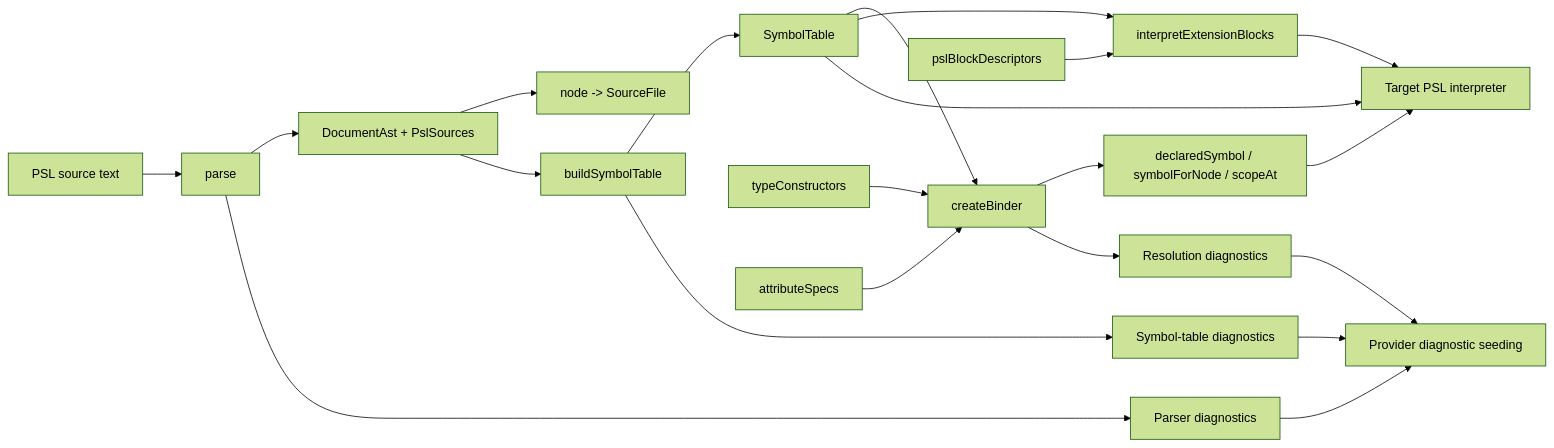
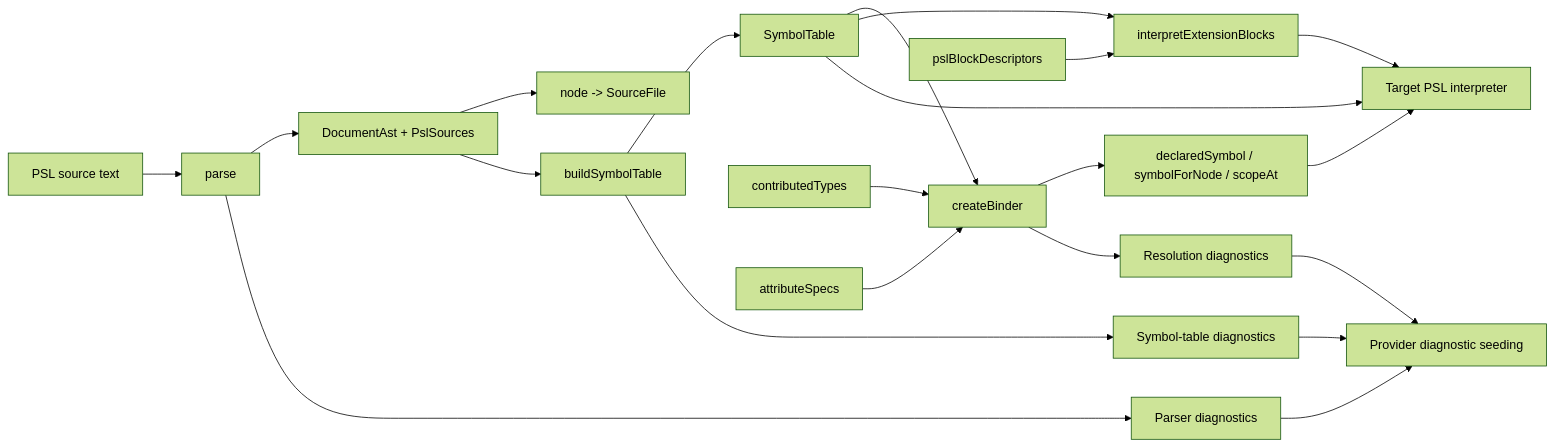
The diagram in packages/1-framework/2-authoring/psl-parser/README.md (RaphaelFakhri/orm), drawn with Mermaid (forest theme) before and after one commit. The commit also changed other lines of this file and 47 other files, not shown here.

First line of the commit message:
Interpreters take field types from the binder; PSL_TYPE_CONSTRUCTOR_NOT_CALLED

````diff
--- a/packages/1-framework/2-authoring/psl-parser/README.md
+++ b/packages/1-framework/2-authoring/psl-parser/README.md
@@ -157,23 +159,23 @@
 ```mermaid
 flowchart LR
   PSL[PSL source text] --> Parse[parse]
   Parse --> CST[DocumentAst + PslSources]
   Parse --> ParseDiagnostics[Parser diagnostics]
   CST --> SourceLookup[node -> SourceFile]
   CST --> Symbols[buildSymbolTable]
   Symbols --> SymbolTable[SymbolTable]
   Symbols --> SymbolDiagnostics[Symbol-table diagnostics]
   SymbolTable --> Binder[createBinder]
-  TypeConstructors[typeConstructors] --> Binder
+  ContributedTypes[contributedTypes] --> Binder
   AttributeSpecs[attributeSpecs] --> Binder
   Binder --> BinderQueries[declaredSymbol / symbolForNode / scopeAt]
   Binder --> BinderDiagnostics[Resolution diagnostics]
   SymbolTable --> Blocks[interpretExtensionBlocks]
   Descriptors[pslBlockDescriptors] --> Blocks
   Blocks --> Interpreter[Target PSL interpreter]
   SymbolTable --> Interpreter
   BinderQueries --> Interpreter
   ParseDiagnostics --> Provider[Provider diagnostic seeding]
   SymbolDiagnostics --> Provider
   BinderDiagnostics --> Provider
 ```
````
